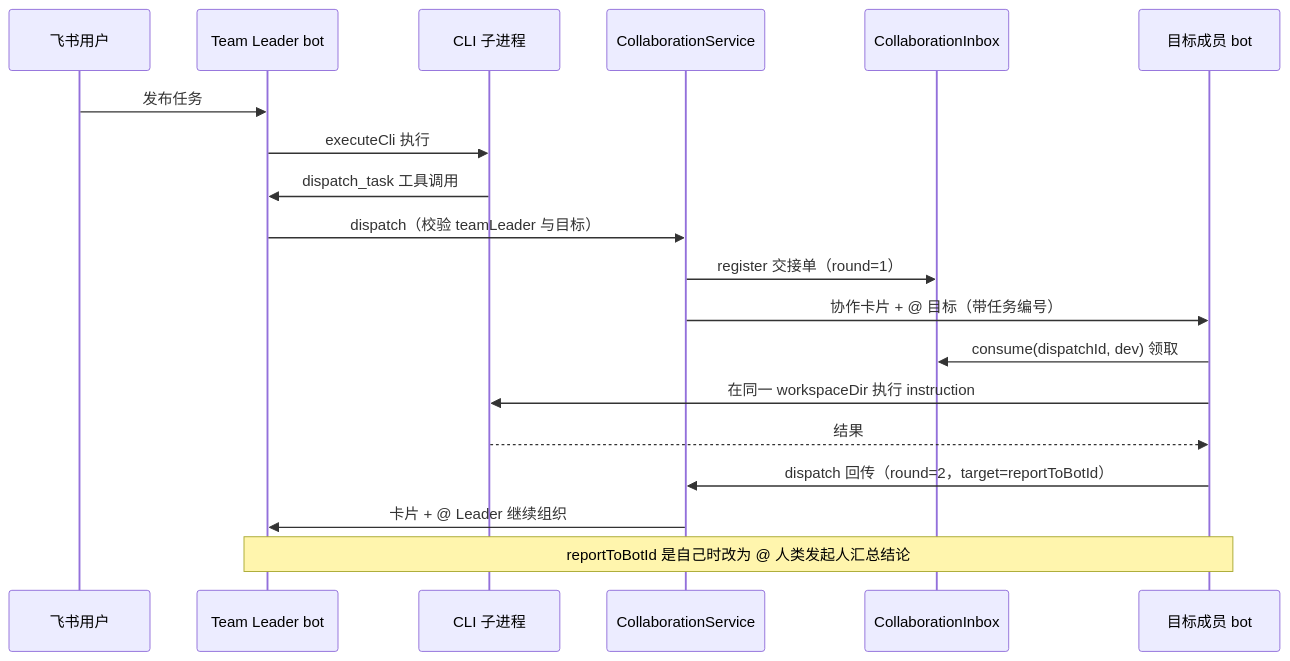
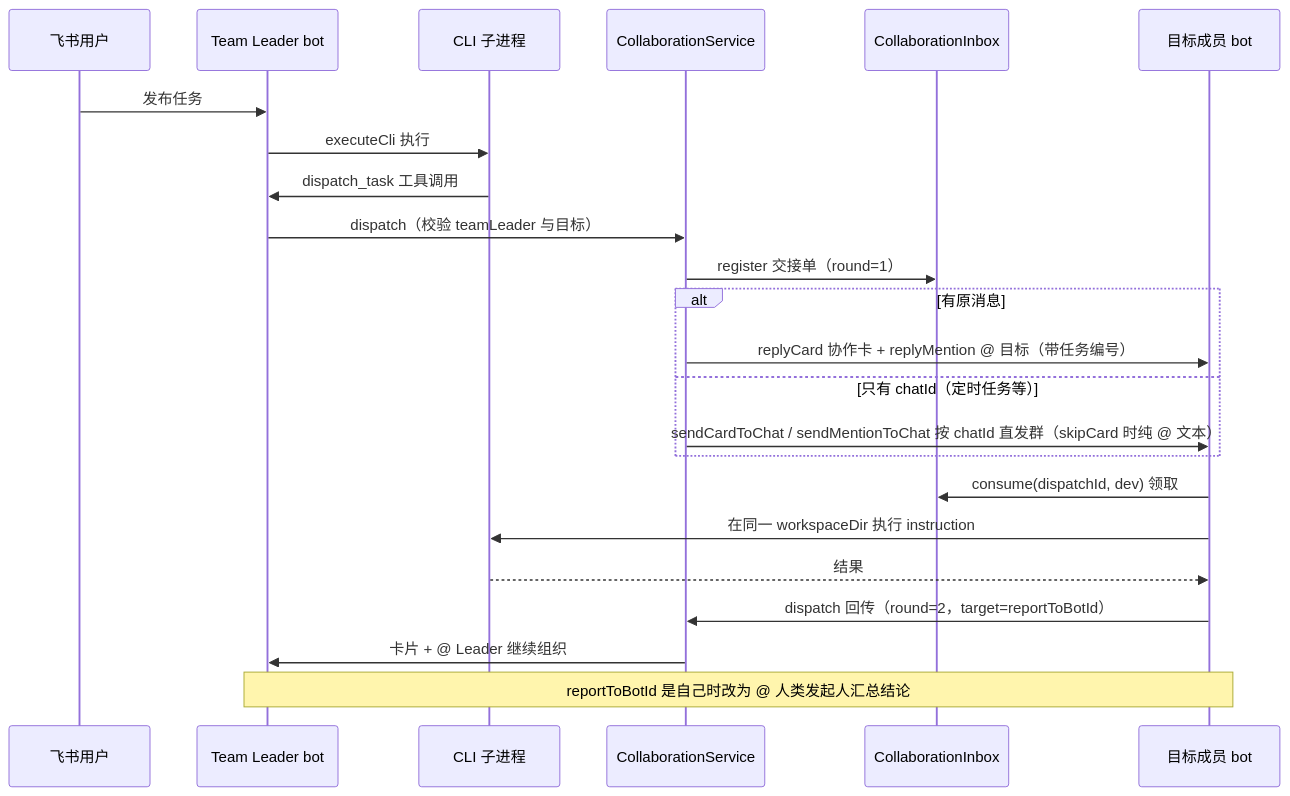
Before and after one commit to CerrorJ/Agent-Team: the diagram in openwiki/domain/collaboration.md, drawn with Mermaid. The commit also changed other lines of this file and 11 other files, not shown here.

````diff
--- a/openwiki/domain/collaboration.md
+++ b/openwiki/domain/collaboration.md
@@ -58,22 +59,26 @@
 ```mermaid
 sequenceDiagram
     participant User as 飞书用户
     participant Lead as Team Leader bot
     participant CLI as CLI 子进程
     participant Svc as CollaborationService
     participant Inbox as CollaborationInbox
     participant Dev as 目标成员 bot
 
     User->>Lead: 发布任务
     Lead->>CLI: executeCli 执行
     CLI->>Lead: dispatch_task 工具调用
     Lead->>Svc: dispatch（校验 teamLeader 与目标）
     Svc->>Inbox: register 交接单（round=1）
-    Svc->>Dev: 协作卡片 + @ 目标（带任务编号）
+    alt 有原消息
+        Svc->>Dev: replyCard 协作卡 + replyMention @ 目标（带任务编号）
+    else 只有 chatId（定时任务等）
+        Svc->>Dev: sendCardToChat / sendMentionToChat 按 chatId 直发群（skipCard 时纯 @ 文本）
+    end
     Dev->>Inbox: consume(dispatchId, dev) 领取
     Dev->>CLI: 在同一 workspaceDir 执行 instruction
     CLI-->>Dev: 结果
     Dev->>Svc: dispatch 回传（round=2，target=reportToBotId）
     Svc->>Lead: 卡片 + @ Leader 继续组织
     Note over Lead,Dev: reportToBotId 是自己时改为 @ 人类发起人汇总结论
 ```
````
